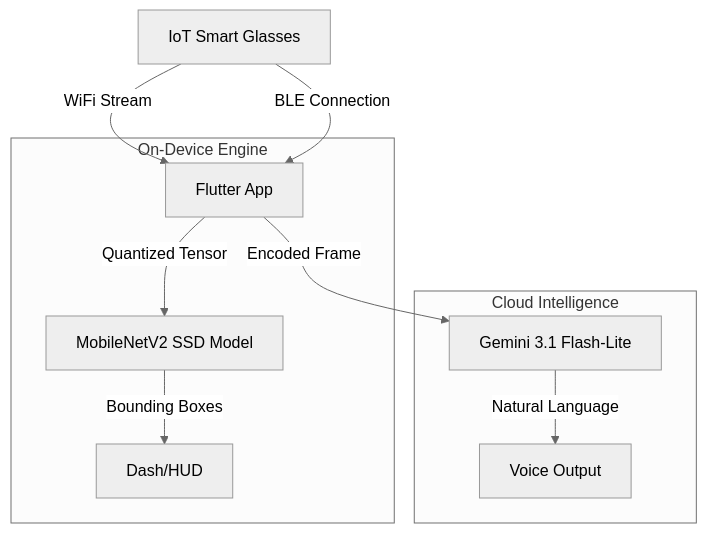
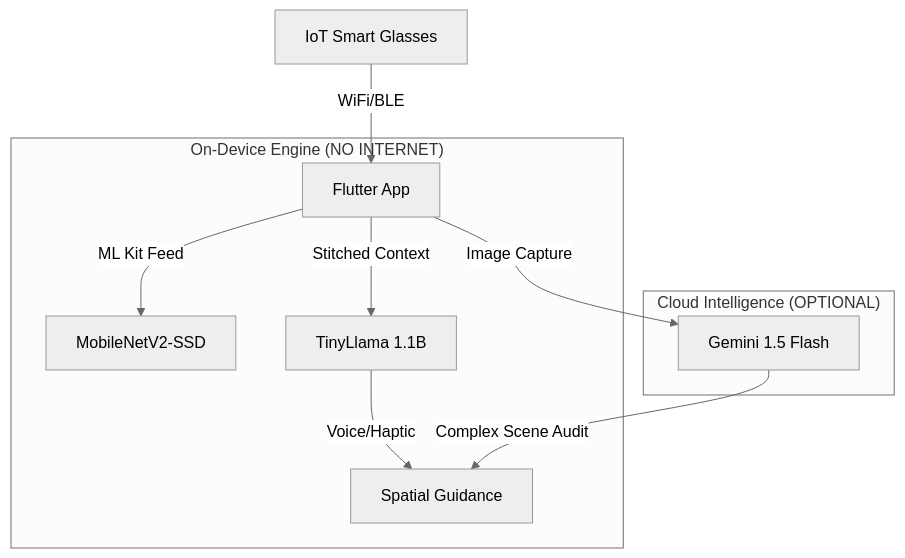
Before and after one commit to darknecrocities/EasyLense: the diagram in README.md, drawn with Mermaid (neutral theme). The commit also changed other lines of this file, not shown here.

````diff
--- a/README.md
+++ b/README.md
@@ -66,13 +55,13 @@
 ```mermaid
 graph TD
-    Glasses[IoT Smart Glasses] -->|WiFi Stream| App[Flutter App]
-    Glasses -->|BLE Connection| App
-    subgraph "On-Device Engine"
-        App -->|Quantized Tensor| MobileNet[MobileNetV2 SSD Model]
-        MobileNet -->|Bounding Boxes| UI[Dash/HUD]
+    Glasses[IoT Smart Glasses] -->|WiFi/BLE| App[Flutter App]
+    subgraph "On-Device Engine (NO INTERNET)"
+        App -->|ML Kit Feed| MobileNet[MobileNetV2-SSD]
+        App -->|Stitched Context| TinyLlama[TinyLlama 1.1B]
+        TinyLlama -->|Voice/Haptic| Audio[Spatial Guidance]
     end
-    subgraph "Cloud Intelligence"
-        App -->|Encoded Frame| Gemini[Gemini 3.1 Flash-Lite]
-        Gemini -->|Natural Language| Audio[Voice Output]
+    subgraph "Cloud Intelligence (OPTIONAL)"
+        App -->|Image Capture| Gemini[Gemini 1.5 Flash]
+        Gemini -->|Complex Scene Audit| Audio
     end
 ```
````
